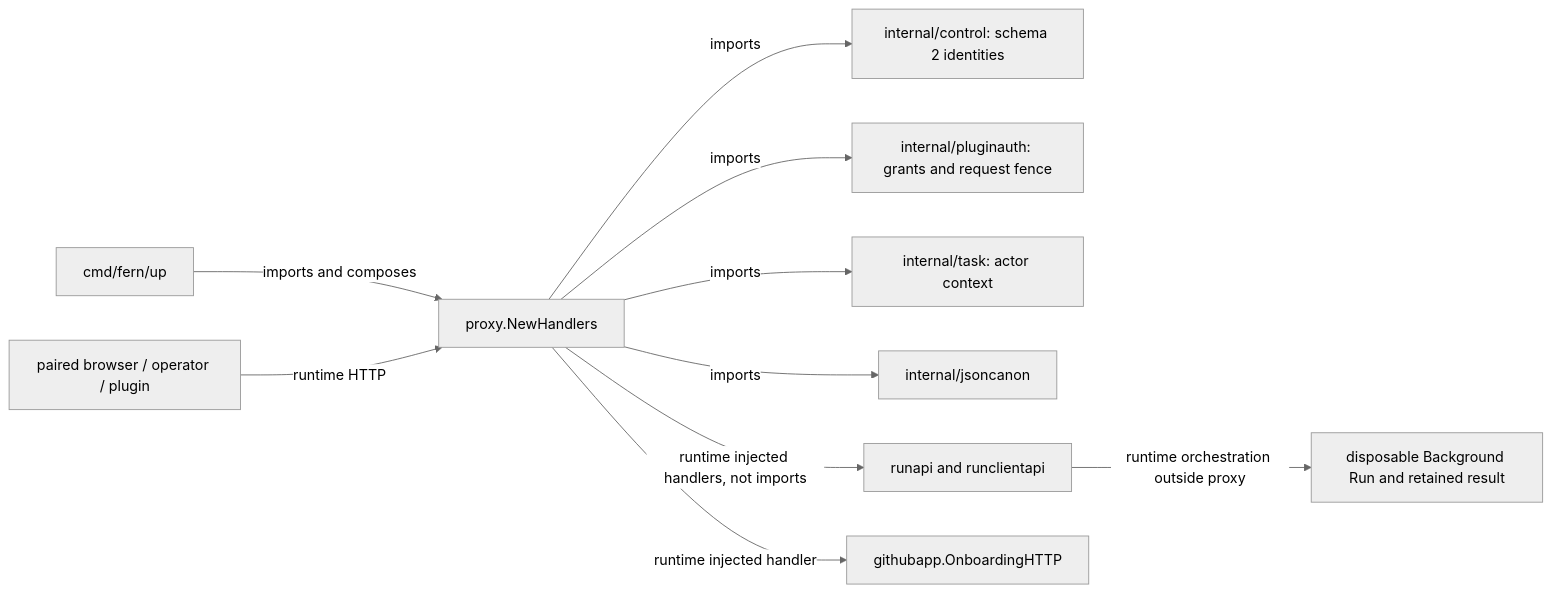
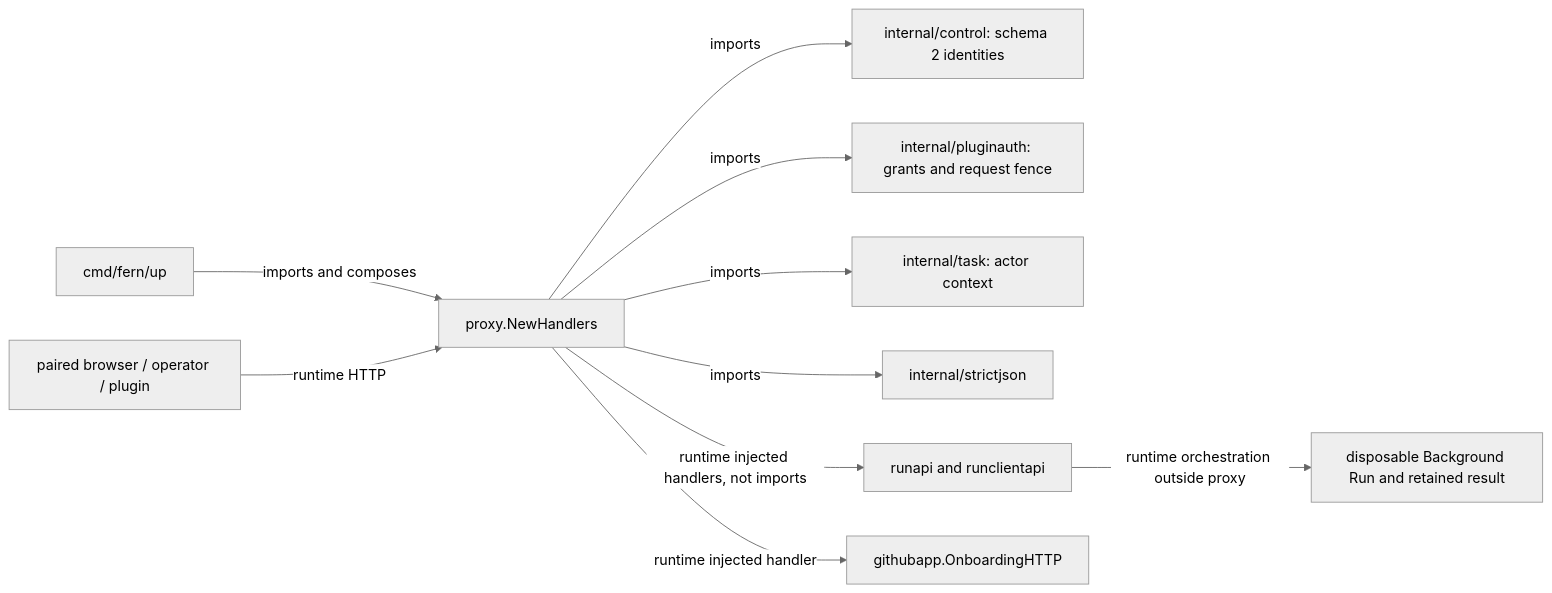
One commit to nebler/fern changed the second of 2 diagrams in internal/proxy/README.md. Above: the diagram before and after it, drawn with Mermaid (neutral theme). The commit also changed 47 other files, not shown here.

````diff
--- a/internal/proxy/README.md
+++ b/internal/proxy/README.md
@@ -49,12 +49,12 @@
 ```mermaid
 graph LR
   cli["cmd/fern/up"] -->|"imports and composes"| proxy["proxy.NewHandlers"]
   proxy -->|"imports"| control["internal/control: schema 2 identities"]
   proxy -->|"imports"| plugin["internal/pluginauth: grants and request fence"]
   proxy -->|"imports"| task["internal/task: actor context"]
-  proxy -->|"imports"| jsoncanon["internal/jsoncanon"]
+  proxy -->|"imports"| strictjson["internal/strictjson"]
   browsers["paired browser / operator / plugin"] -->|"runtime HTTP"| proxy
   proxy -->|"runtime injected handlers, not imports"| api["runapi and runclientapi"]
   proxy -->|"runtime injected handler"| onboarding["githubapp.OnboardingHTTP"]
   api -->|"runtime orchestration outside proxy"| compute["disposable Background Run and retained result"]
 ```
````
